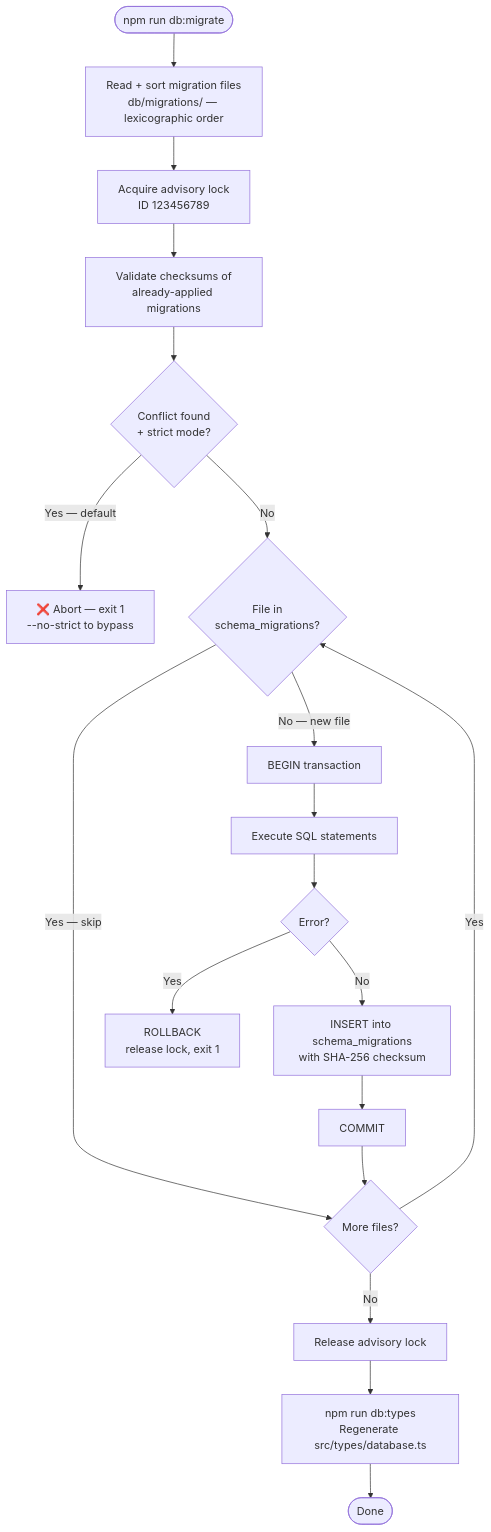
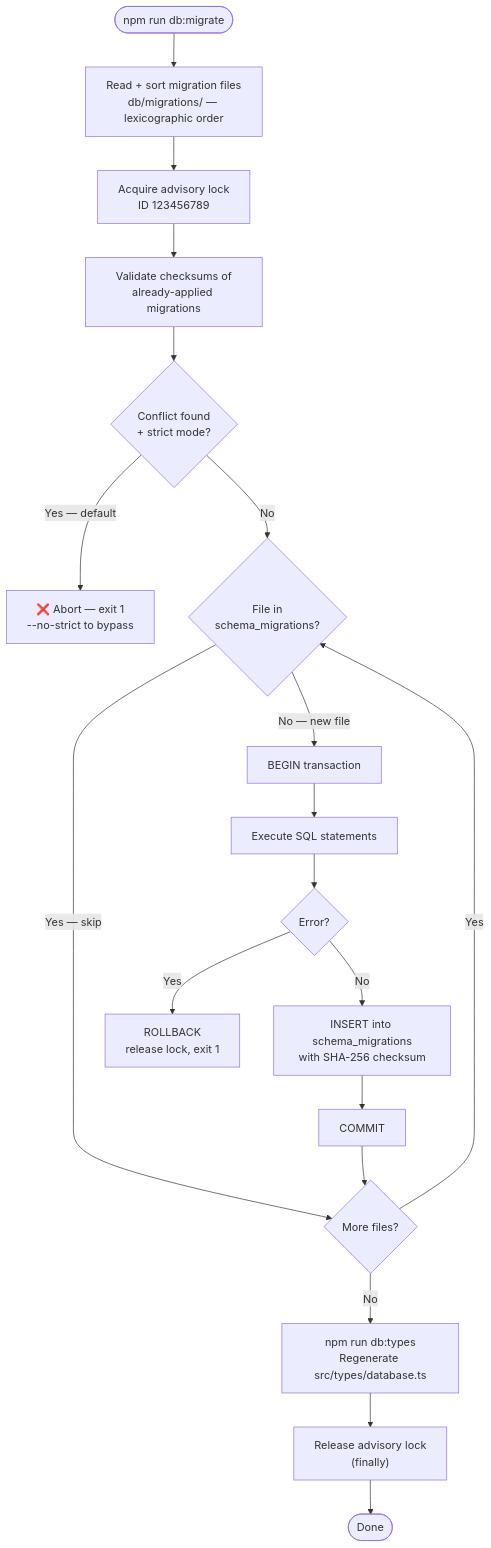
The first of 2 diagrams in backend/docs/db.md (shin0bi21/program-management-app), drawn with Mermaid before and after one commit. The commit also changed other lines of this file and 7 other files, not shown here.

````diff
--- a/backend/docs/db.md
+++ b/backend/docs/db.md
@@ -23,21 +23,21 @@
 ```mermaid
 flowchart TD
     A([npm run db:migrate]) --> B["Read + sort migration files\ndb/migrations/ — lexicographic order"]
     B --> D[Acquire advisory lock\nID 123456789]
     D --> CV["Validate checksums of\nalready-applied migrations"]
     CV --> STRICT{"Conflict found\n+ strict mode?"}
     STRICT -->|"Yes — default"| ABORT["❌ Abort — exit 1\n--no-strict to bypass"]
     STRICT -->|No| E{File in\nschema_migrations?}
     E -->|Yes — skip| NEXT{More files?}
     E -->|No — new file| TX[BEGIN transaction]
     TX --> SQL[Execute SQL statements]
     SQL --> ERR{Error?}
     ERR -->|Yes| RB[ROLLBACK\nrelease lock, exit 1]
     ERR -->|No| INS["INSERT into schema_migrations\nwith SHA-256 checksum"]
     INS --> CMT[COMMIT]
     CMT --> NEXT
     NEXT -->|Yes| E
-    NEXT -->|No| REL[Release advisory lock]
-    REL --> TYPES["npm run db:types\nRegenerate src/types/database.ts"]
-    TYPES --> DONE([Done])
+    NEXT -->|No| TYPES["npm run db:types\nRegenerate src/types/database.ts"]
+    TYPES --> REL["Release advisory lock\n(finally)"]
+    REL --> DONE([Done])
 ```
````
